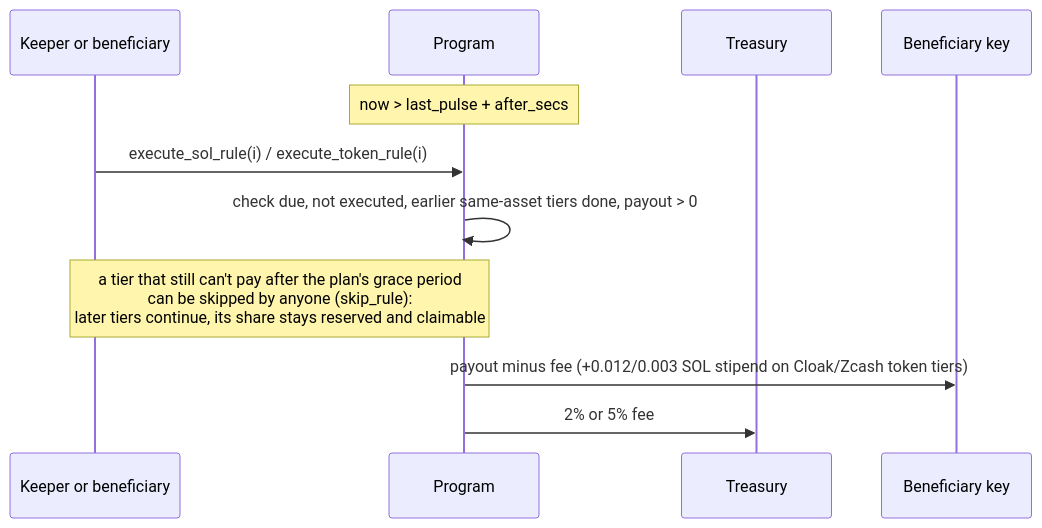
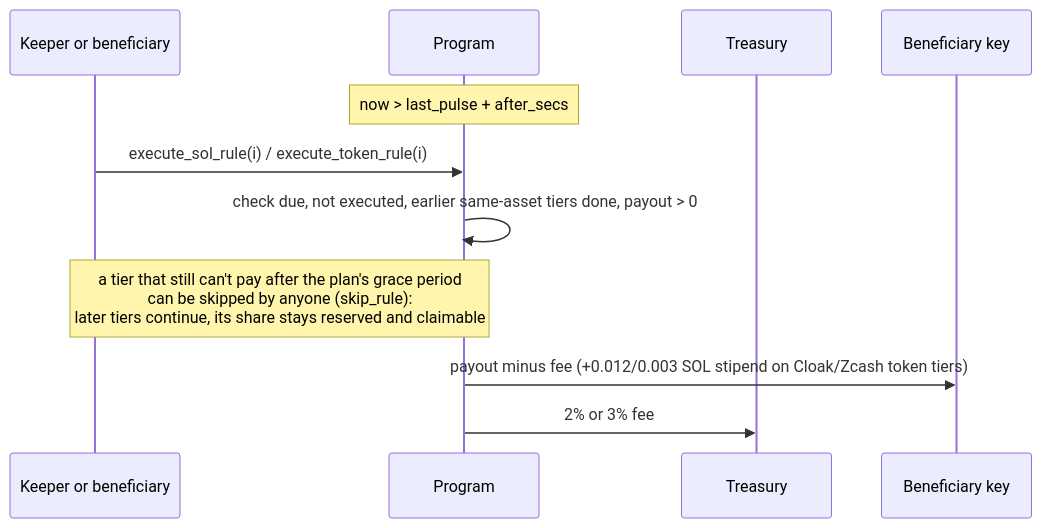
One commit to GabrielNeugebauer/deadman changed the third of 3 diagrams in docs/HOW_IT_WORKS.md. Above: the diagram before and after it, drawn with Mermaid. The commit also changed other lines of this file and 436 other files, not shown here.

````diff
--- a/docs/HOW_IT_WORKS.md
+++ b/docs/HOW_IT_WORKS.md
@@ -229,13 +229,13 @@
 ```mermaid
 sequenceDiagram
   participant K as Keeper or beneficiary
   participant P as Program
   participant T as Treasury
   participant B as Beneficiary key
   Note over P: now > last_pulse + after_secs
   K->>P: execute_sol_rule(i) / execute_token_rule(i)
   P->>P: check due, not executed, earlier same-asset tiers done, payout > 0
   Note over K,P: a tier that still can't pay after the plan's grace period<br/>can be skipped by anyone (skip_rule):<br/>later tiers continue, its share stays reserved and claimable
   P->>B: payout minus fee (+0.012/0.003 SOL stipend on Cloak/Zcash token tiers)
-  P->>T: 2% or 5% fee
+  P->>T: 2% or 3% fee
 ```
````
